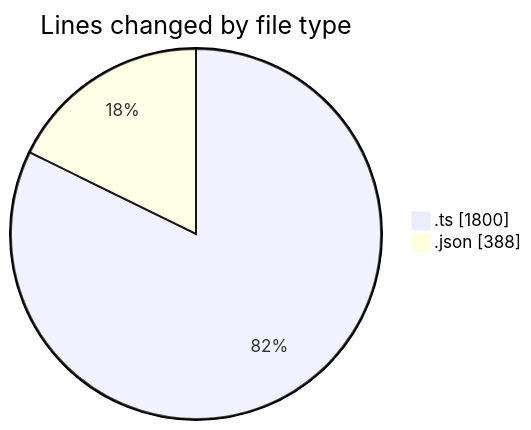
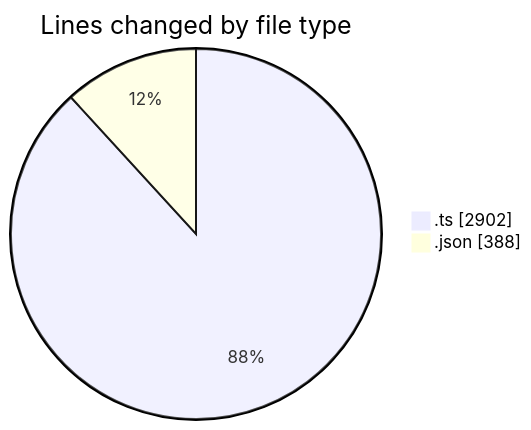
One commit to charlie-sans/code-tracking changed the first of 2 diagrams in 2025-04-30/masm-lsp/README.md. Above: the diagram before and after it, drawn with Mermaid. The commit also changed other lines of this file and 1 other file, not shown here.

````diff
--- a/2025-04-30/masm-lsp/README.md
+++ b/2025-04-30/masm-lsp/README.md
@@ -22,6 +22,6 @@
 ```mermaid
 pie showData
 title Lines changed by file type
-".ts" : 1800
+".ts" : 2902
 ".json" : 388
 ```
````
